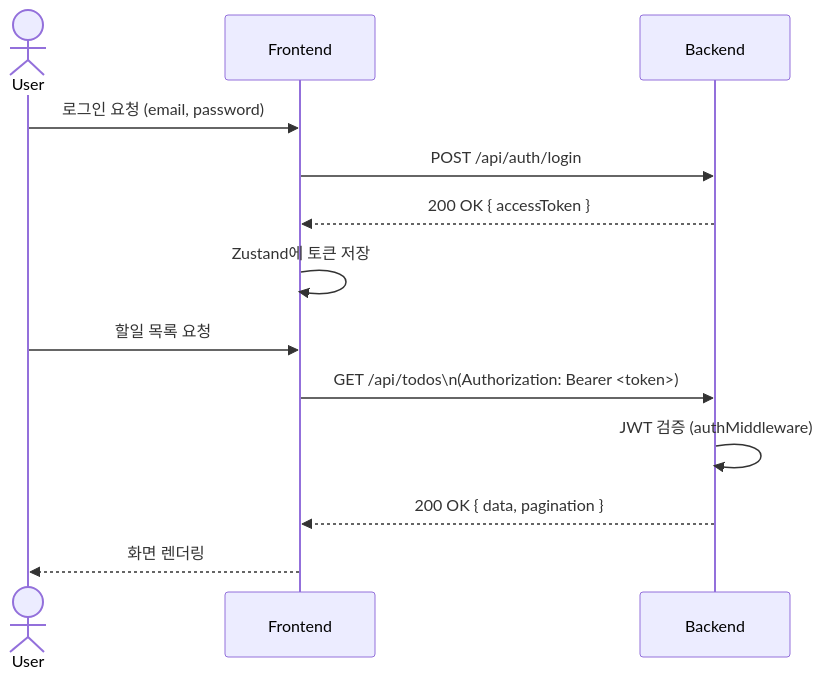
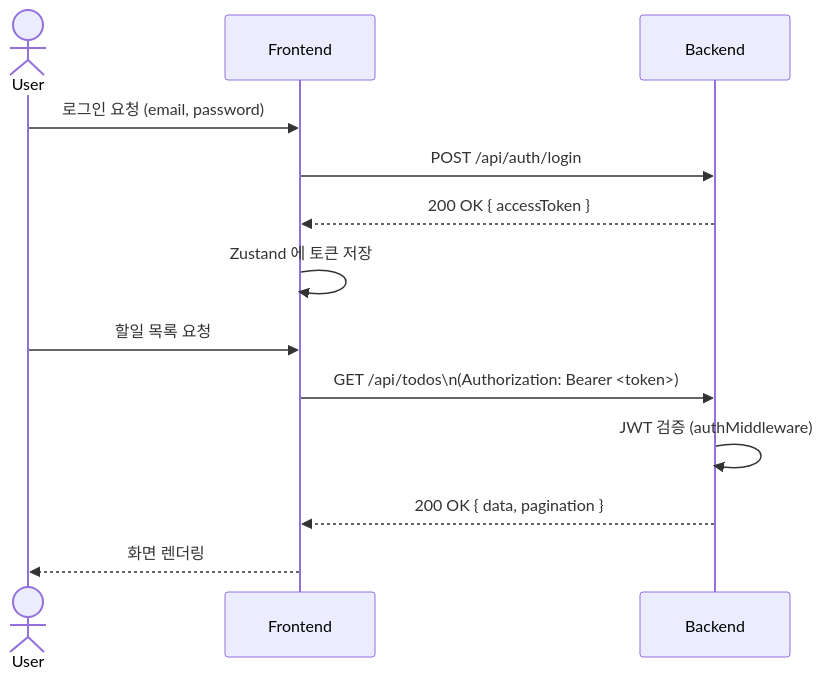
The sixth of 8 diagrams in docs/5-arch-diagram.md (jundan905/todolist-app), drawn with Mermaid before and after one commit. The commit also changed other lines of this file and 11 other files, not shown here.

````diff
--- a/docs/5-arch-diagram.md
+++ b/docs/5-arch-diagram.md
@@ -64,17 +164,17 @@
 ```mermaid
 sequenceDiagram
     actor User
     participant FE as Frontend
     participant BE as Backend
 
     User->>FE: 로그인 요청 (email, password)
     FE->>BE: POST /api/auth/login
     BE-->>FE: 200 OK { accessToken }
-    FE->>FE: Zustand에 토큰 저장
+    FE->>FE: Zustand 에 토큰 저장
 
     User->>FE: 할일 목록 요청
     FE->>BE: GET /api/todos\n(Authorization: Bearer <token>)
     BE->>BE: JWT 검증 (authMiddleware)
     BE-->>FE: 200 OK { data, pagination }
     FE-->>User: 화면 렌더링
 ```
````
